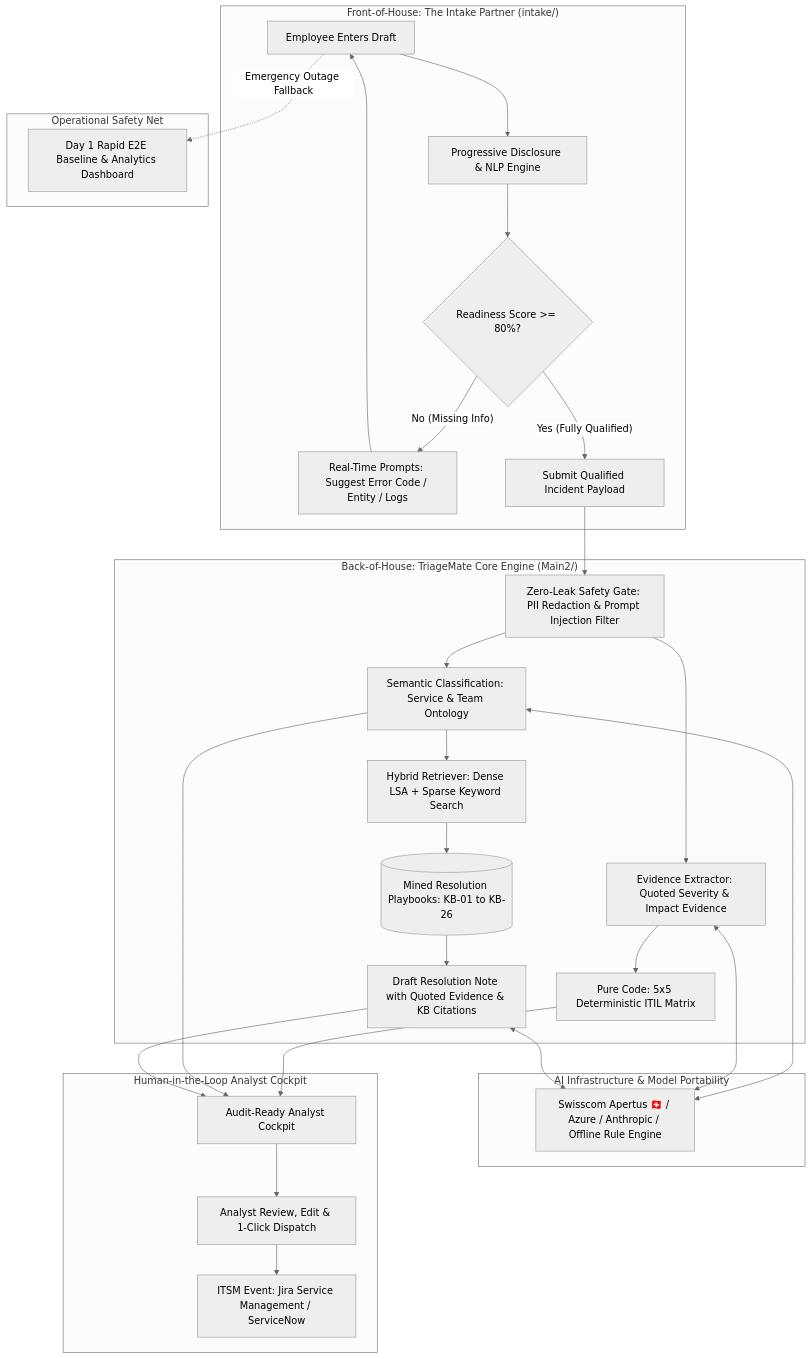
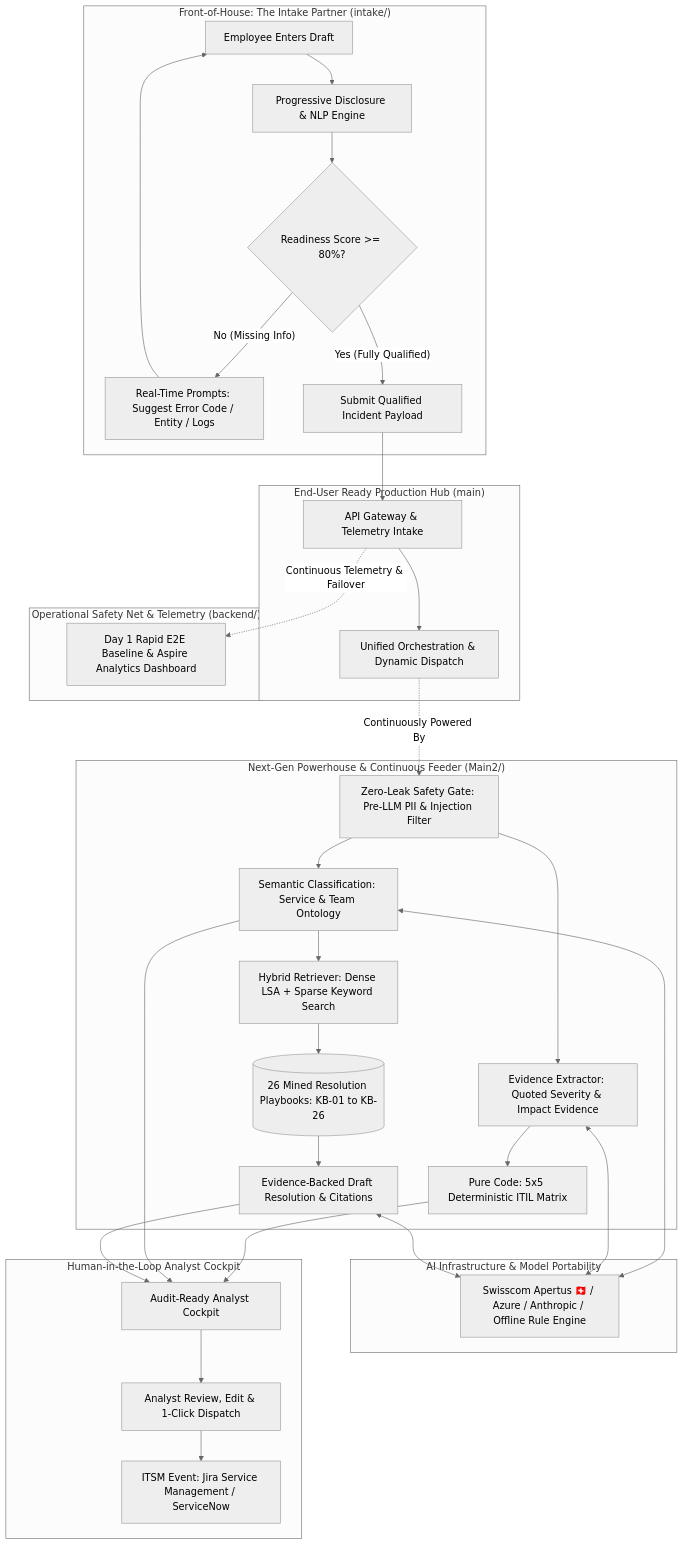
One commit to DaPres/SwissAiWeeks_Team_8 changed the diagram in README.md. Above: the diagram before and after it, drawn with Mermaid (neutral theme). The commit also changed other lines of this file, not shown here.

Commit message:
docs: update badges, ITIL/PII links, and best-of-both-worlds architecture narrative

````diff
--- a/README.md
+++ b/README.md
@@ -42,39 +44,44 @@
 ```mermaid
 flowchart TD
     subgraph Requester ["Front-of-House: The Intake Partner (intake/)"]
         A[Employee Enters Draft] --> B[Progressive Disclosure & NLP Engine]
         B --> C{Readiness Score >= 80%?}
         C -- No (Missing Info) --> D[Real-Time Prompts: Suggest Error Code / Entity / Logs]
         D --> A
         C -- Yes (Fully Qualified) --> E[Submit Qualified Incident Payload]
     end
 
-    subgraph TriageCore ["Back-of-House: TriageMate Core Engine (Main2/)"]
-        E --> F[Zero-Leak Safety Gate: PII Redaction & Prompt Injection Filter]
-        F --> G[Semantic Classification: Service & Team Ontology]
-        F --> H[Evidence Extractor: Quoted Severity & Impact Evidence]
-        H --> I[Pure Code: 5x5 Deterministic ITIL Matrix]
-        G --> J[Hybrid Retriever: Dense LSA + Sparse Keyword Search]
-        J --> K[(Mined Resolution Playbooks: KB-01 to KB-26)]
-        K --> L[Draft Resolution Note with Quoted Evidence & KB Citations]
+    subgraph ProductionApp ["End-User Ready Production Hub (main)"]
+        E --> F[API Gateway & Telemetry Intake]
+        F --> G[Unified Orchestration & Dynamic Dispatch]
+    end
+
+    subgraph NextGenEngine ["Next-Gen Powerhouse & Continuous Feeder (Main2/)"]
+        G -. Continuously Powered By .-> H[Zero-Leak Safety Gate: Pre-LLM PII & Injection Filter]
+        H --> I[Semantic Classification: Service & Team Ontology]
+        H --> J[Evidence Extractor: Quoted Severity & Impact Evidence]
+        J --> K[Pure Code: 5x5 Deterministic ITIL Matrix]
+        I --> L[Hybrid Retriever: Dense LSA + Sparse Keyword Search]
+        L --> M[(26 Mined Resolution Playbooks: KB-01 to KB-26)]
+        M --> N[Evidence-Backed Draft Resolution & Citations]
     end
 
     subgraph AI_Layer ["AI Infrastructure & Model Portability"]
-        G & H & L <--> M[Swisscom Apertus 🇨🇭 / Azure / Anthropic / Offline Rule Engine]
+        I & J & N <--> O[Swisscom Apertus 🇨🇭 / Azure / Anthropic / Offline Rule Engine]
     end
 
     subgraph Analyst ["Human-in-the-Loop Analyst Cockpit"]
-        I & G & L --> N[Audit-Ready Analyst Cockpit]
-        N --> O[Analyst Review, Edit & 1-Click Dispatch]
-        O --> P[ITSM Event: Jira Service Management / ServiceNow]
+        K & I & N --> P[Audit-Ready Analyst Cockpit]
+        P --> Q[Analyst Review, Edit & 1-Click Dispatch]
+        Q --> R[ITSM Event: Jira Service Management / ServiceNow]
     end
 
-    subgraph FallbackStream ["Operational Safety Net"]
-        A -. Emergency Outage Fallback .-> Q[Day 1 Rapid E2E Baseline & Analytics Dashboard]
+    subgraph FallbackStream ["Operational Safety Net & Telemetry (backend/)"]
+        F -. Continuous Telemetry & Failover .-> S[Day 1 Rapid E2E Baseline & Aspire Analytics Dashboard]
     end
 
     classDef core fill:#2563eb,stroke:#1d4ed8,color:#fff
     classDef safety fill:#059669,stroke:#047857,color:#fff
     classDef triage fill:#7c3aed,stroke:#6d28d9,color:#fff
     classDef human fill:#d97706,stroke:#b45309,color:#fff
 ```
````
